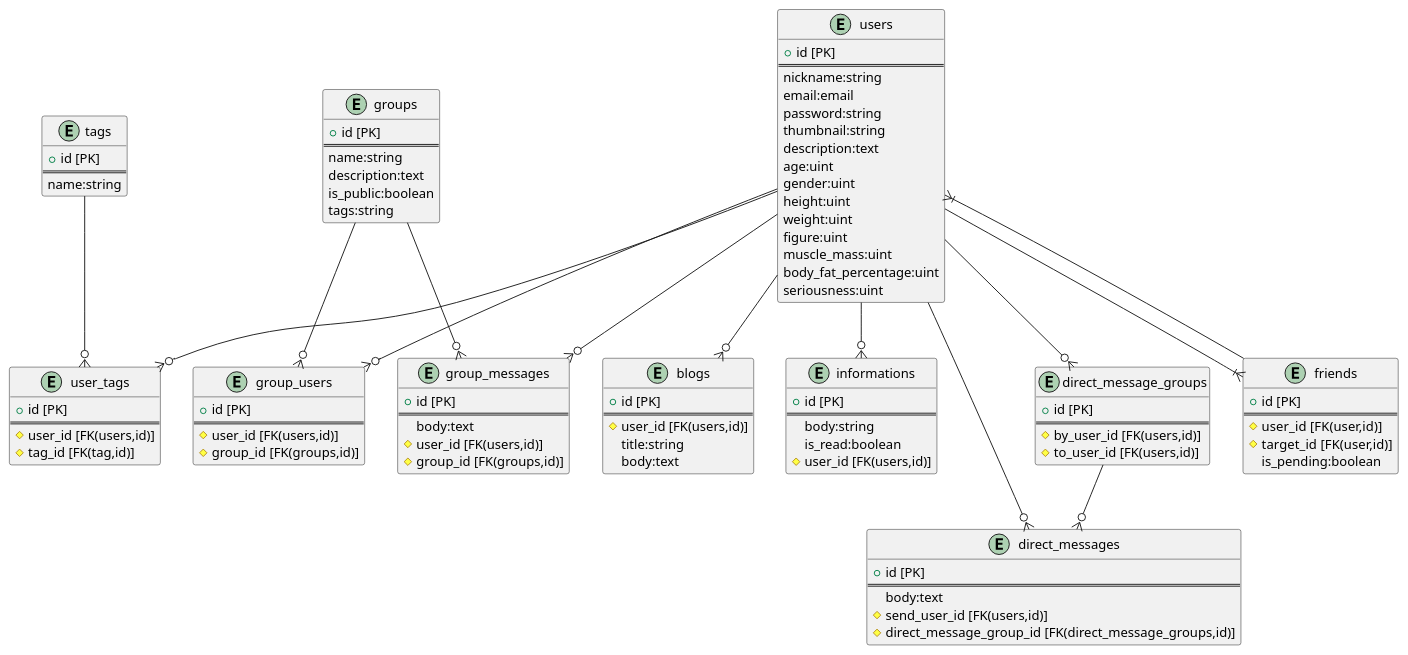
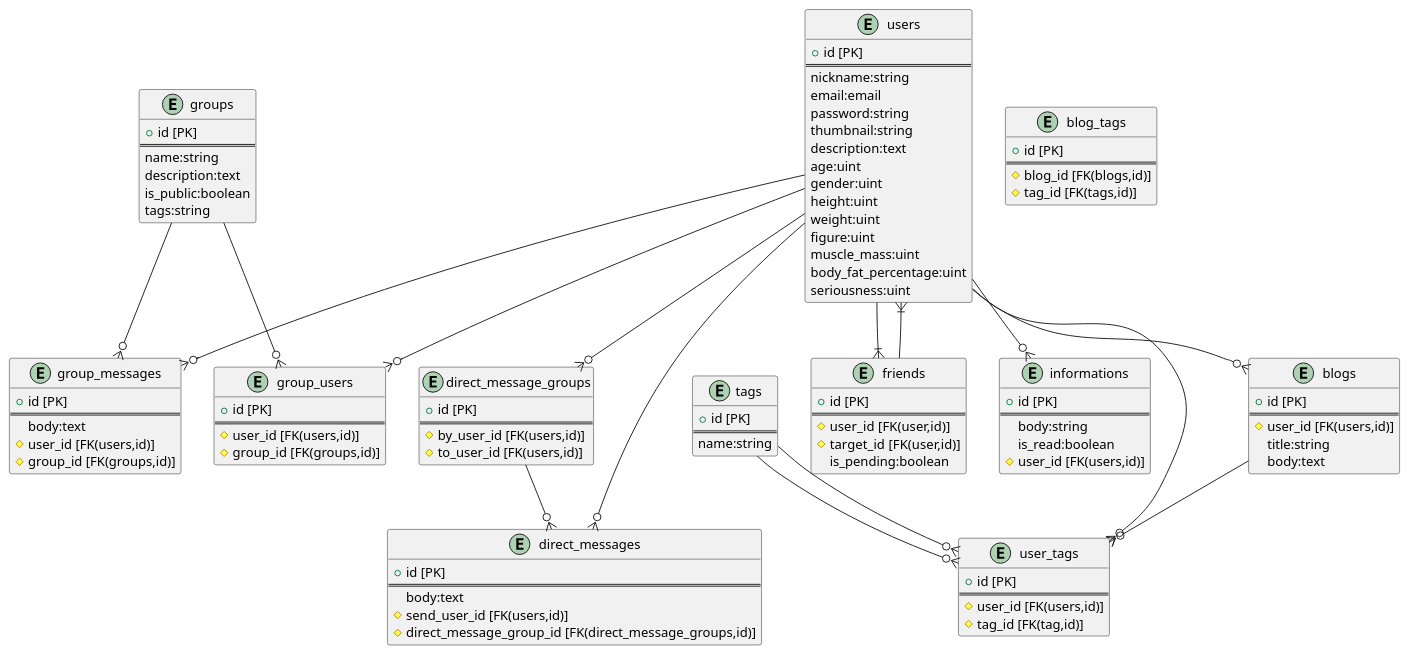
One commit to NAKKA-K/musclers changed the diagram in docs/ER.md. Above: the diagram before and after it, drawn with PlantUML.

Commit message:
[修正]ER図の修正2

````diff
--- a/docs/ER.md
+++ b/docs/ER.md
@@ -111,5 +111,14 @@
 }
 users --o{ blogs
 
+entity "blog_tags" {
+    + id [PK]
+    ==
+    # blog_id [FK(blogs,id)]
+    # tag_id [FK(tags,id)]
+}
+blogs --o{ user_tags
+tags --o{ user_tags
+
 @enduml
 ```
````
